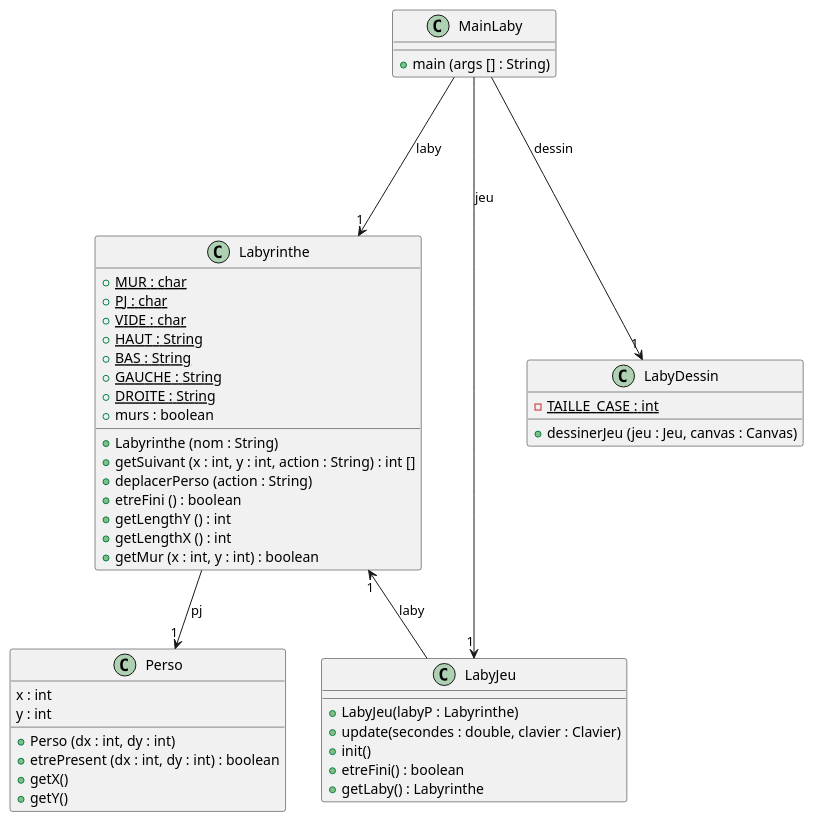
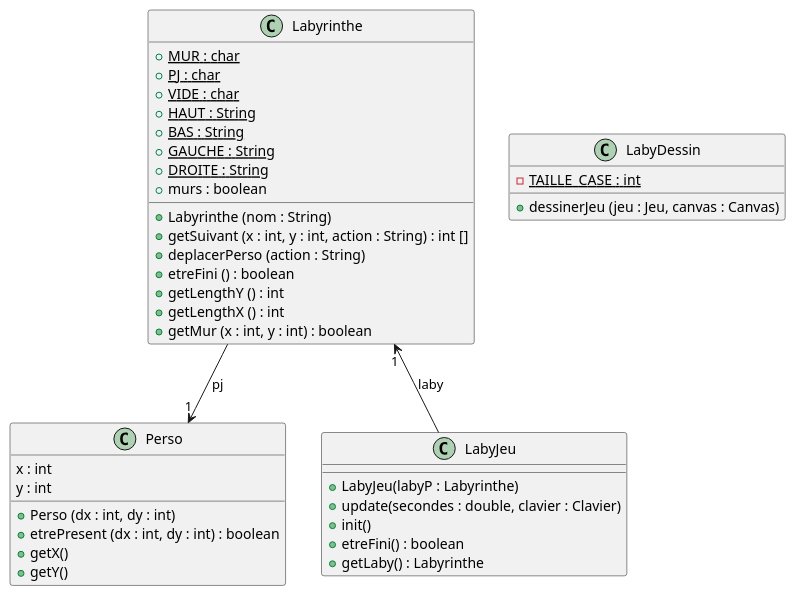
One commit to Hugo-COLLIN/BUT_INFO_S2_2022_Zeldiablo changed the diagram in racine_depot/documents/version_0/diagClass_gameLaby.puml. Above: the diagram before and after it, drawn with PlantUML.

Commit message:
Diag classe Q14 1

```diff
--- a/racine_depot/documents/version_0/diagClass_gameLaby.puml
+++ b/racine_depot/documents/version_0/diagClass_gameLaby.puml
@@ -1,55 +1,48 @@
 @startuml
 
 class Perso {
     x : int
     y : int
 
     + Perso (dx : int, dy : int)
     + etrePresent (dx : int, dy : int) : boolean
     + getX()
     + getY()
 }
 
 class Labyrinthe {
     + MUR : char {static}
     + PJ : char {static}
     + VIDE : char {static}
     + HAUT : String {static}
     + BAS : String {static}
     + GAUCHE : String {static}
     + DROITE : String {static}
     + murs : boolean
 
     + Labyrinthe (nom : String)
     + getSuivant (x : int, y : int, action : String) : int []
     + deplacerPerso (action : String)
     + etreFini () : boolean
     + getLengthY () : int
     + getLengthX () : int
     + getMur (x : int, y : int) : boolean
 }
 
 class LabyJeu {
     + LabyJeu(labyP : Labyrinthe)
     + update(secondes : double, clavier : Clavier)
     + init()
     + etreFini() : boolean
     + getLaby() : Labyrinthe
 }
 
 class LabyDessin {
     - TAILLE_CASE : int {static}
     + dessinerJeu (jeu : Jeu, canvas : Canvas)
 }
 
-class MainLaby {
-    + main (args [] : String)
-}
-
 Labyrinthe --> Perso : pj "1"
 Labyrinthe "1" <-- LabyJeu : laby
 
-MainLaby ---> Labyrinthe : laby "1"
-MainLaby --> LabyJeu : jeu "1"
-MainLaby ---> LabyDessin : dessin "1"
 @enduml
```
